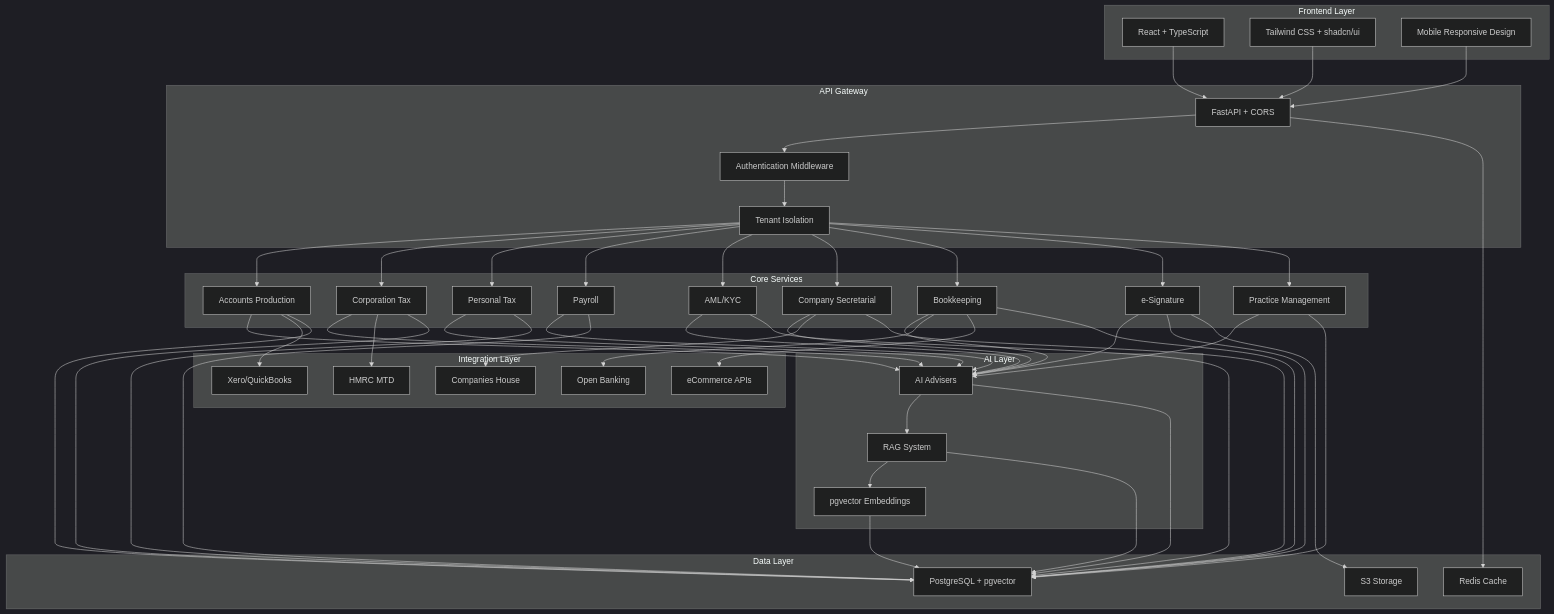
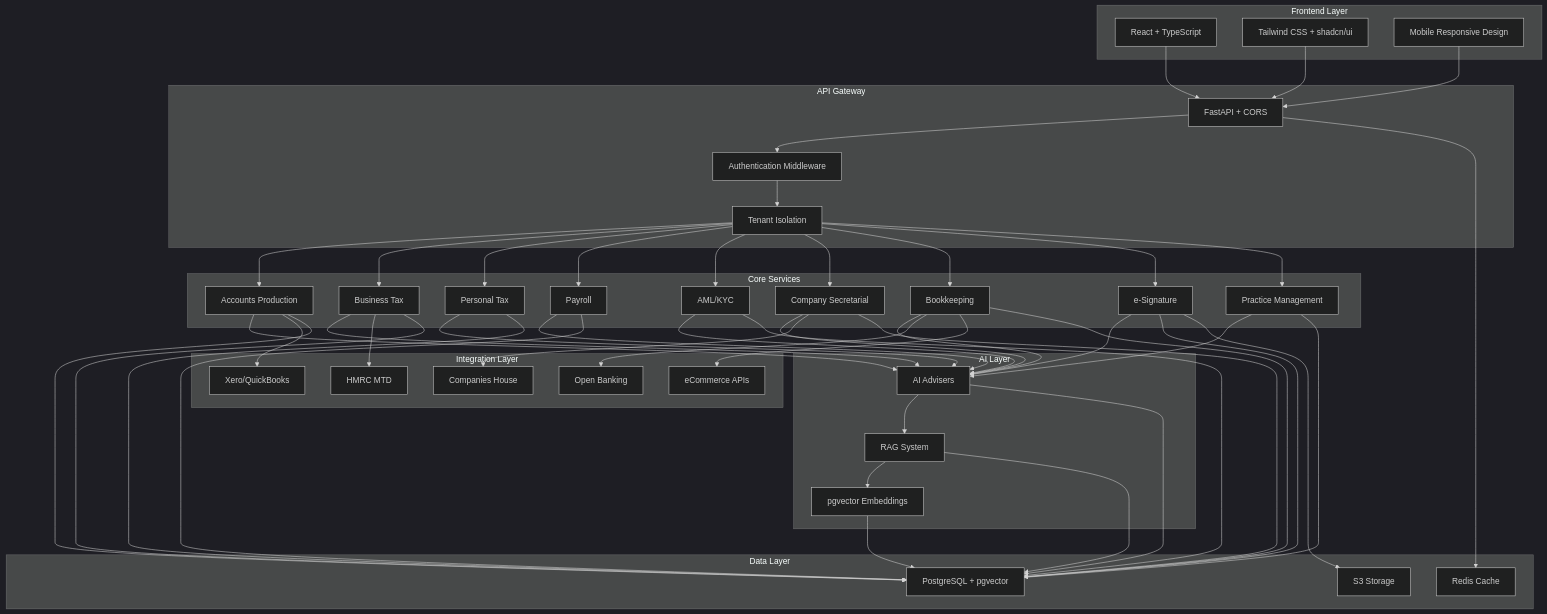
One commit to basjay-source/briskappEnhanced changed the diagram in docs/ARCHITECTURE.md. Above: the diagram before and after it, drawn with Mermaid (dark theme). The commit also changed other lines of this file and 6 other files, not shown here.

First line of the commit message:
Rename Corporation Tax module to Business Tax

```diff
--- a/docs/ARCHITECTURE.md
+++ b/docs/ARCHITECTURE.md
@@ -22,7 +22,7 @@
     
     subgraph "Core Services"
         G[Accounts Production]
-        H[Corporation Tax]
+        H[Business Tax]
         I[Personal Tax]
         J[Payroll]
         K[AML/KYC]
```
